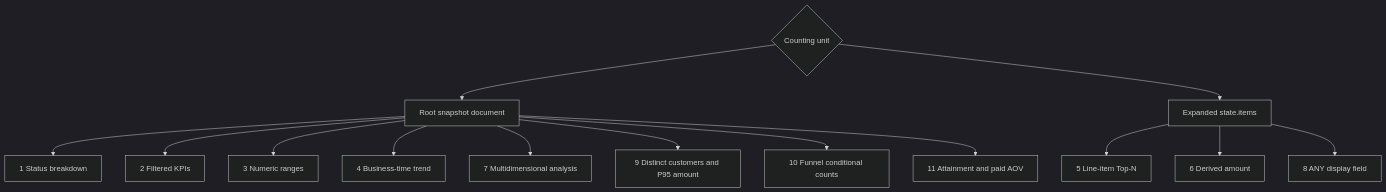
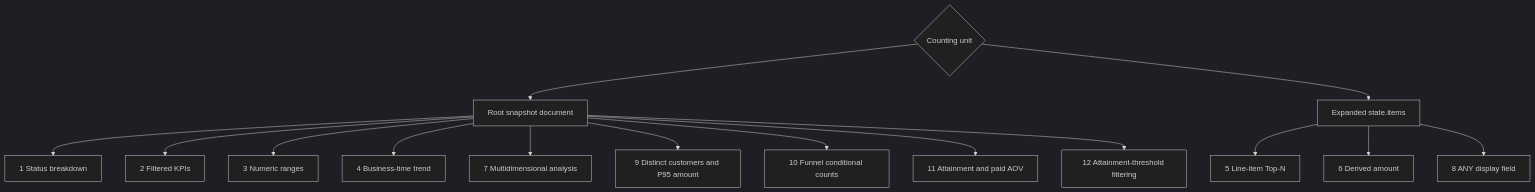
Before and after one commit to Ahoo-Wang/Wow: the diagram in documentation/docs/en/guide/query/snapshot-aggregation.md, drawn with Mermaid (dark theme). The commit also changed other lines of this file and 22 other files, not shown here.

````diff
--- a/documentation/docs/en/guide/query/snapshot-aggregation.md
+++ b/documentation/docs/en/guide/query/snapshot-aggregation.md
@@ -26,16 +26,17 @@
 ```mermaid
 flowchart TB
     Unit{"Counting unit"} --> Root["Root snapshot document"]
     Unit --> Item["Expanded state.items"]
     Root --> S1["1 Status breakdown"]
     Root --> S2["2 Filtered KPIs"]
     Root --> S3["3 Numeric ranges"]
     Root --> S4["4 Business-time trend"]
     Root --> S7["7 Multidimensional analysis"]
     Root --> S9["9 Distinct customers and P95 amount"]
     Root --> S10["10 Funnel conditional counts"]
     Root --> S11["11 Attainment and paid AOV"]
+    Root --> S12["12 Attainment-threshold filtering"]
     Item --> S5["5 Line-item Top-N"]
     Item --> S6["6 Derived amount"]
     Item --> S8["8 ANY display field"]
 ```
````
